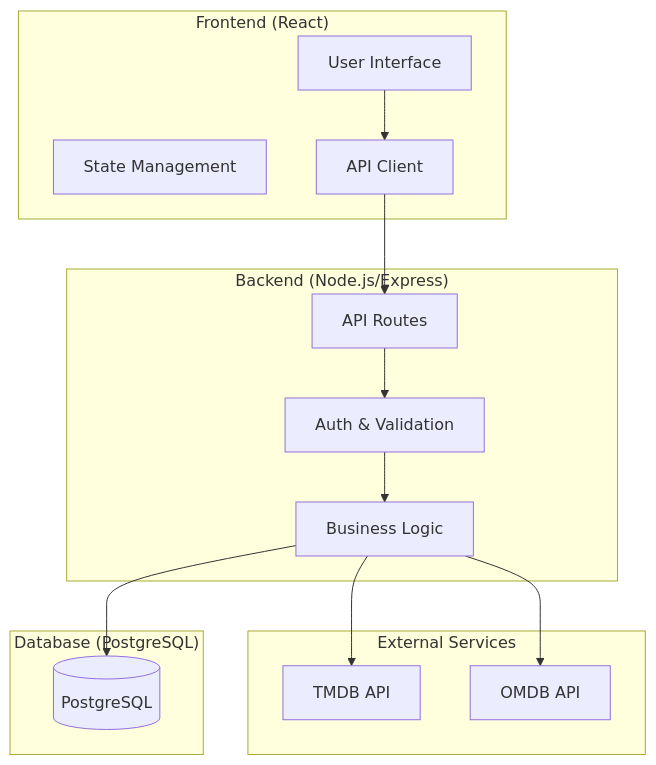
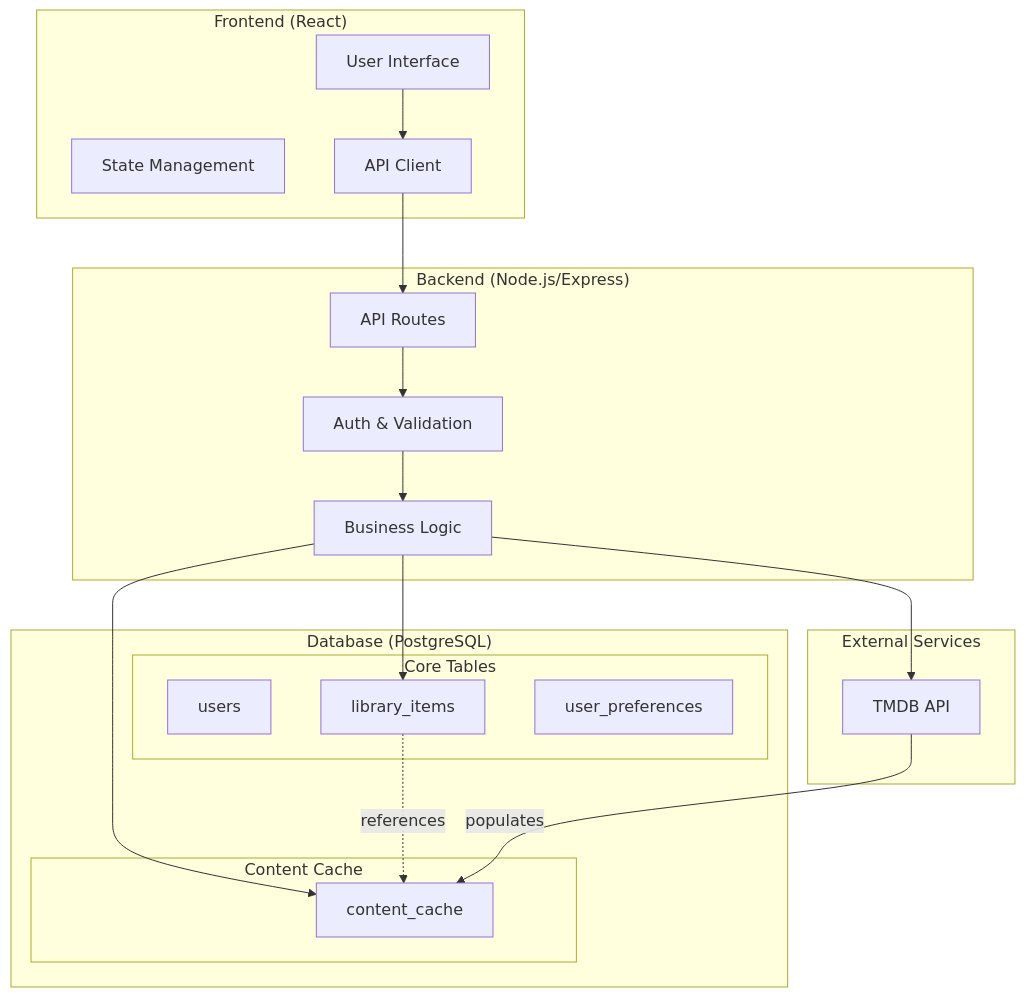
One commit to Gpiero19/ShowFreak changed the first of 6 diagrams in architecture.md. Above: the diagram before and after it, drawn with Mermaid. The commit also changed other lines of this file, not shown here.

Commit message:
improvements of architecture features

````diff
--- a/architecture.md
+++ b/architecture.md
@@ -11,31 +11,39 @@
 ```mermaid
 flowchart TB
     subgraph Client["Frontend (React)"]
         UI[User Interface]
         State[State Management]
         API[API Client]
     end
 
     subgraph Server["Backend (Node.js/Express)"]
         Routes[API Routes]
         Middleware[Auth & Validation]
         Services[Business Logic]
     end
 
+    subgraph Data["Database (PostgreSQL)"]
+        subgraph Core["Core Tables"]
+            Users[users]
+            Lib[library_items]
+            Pref[user_preferences]
+        end
+        subgraph Cache["Content Cache"]
+            CC[content_cache]
+        end
+    end
+
     subgraph External["External Services"]
         TMDB[TMDB API]
-        OMDB[OMDB API]
-    end
-
-    subgraph Data["Database (PostgreSQL)"]
-        DB[(PostgreSQL)]
     end
 
     UI --> API
     API --> Routes
     Routes --> Middleware
     Middleware --> Services
-    Services --> DB
+    Services --> Lib
+    Services --> CC
+    Lib -.->|references| CC
     Services --> TMDB
-    Services --> OMDB
+    TMDB -->|populates| CC
 ```
````
